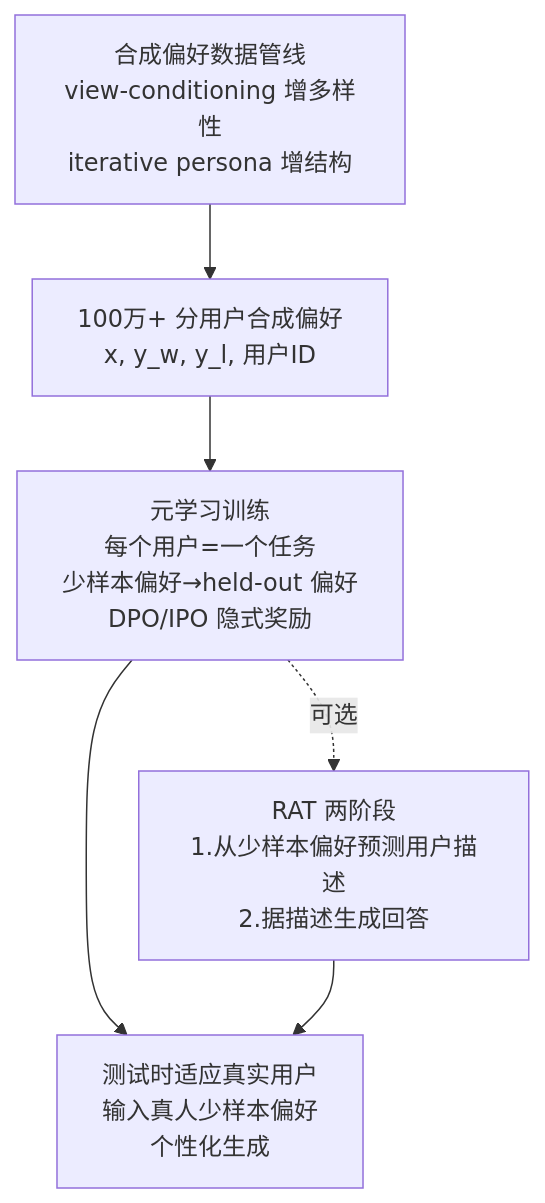
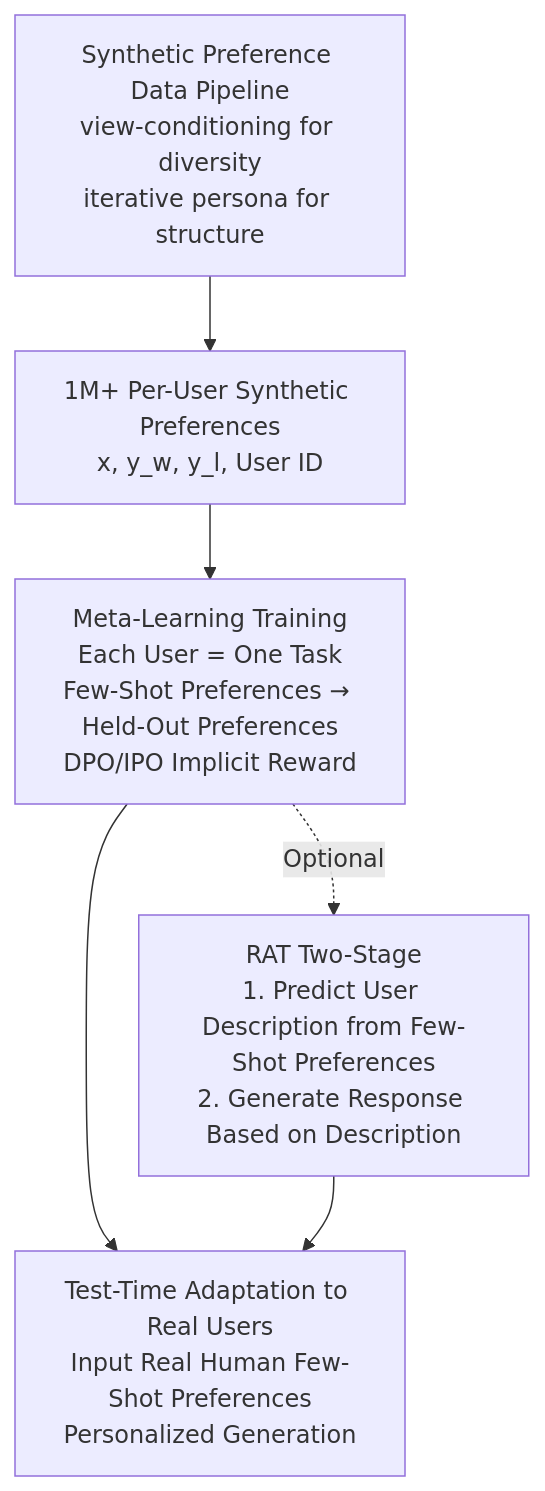
Before and after one commit to zhaoyang97/Paper-Notes-en: the diagram in docs/ICLR2026/llm_alignment/fspo_few-shot_optimization_of_synthetic_preferences_effectively_personalizes_to_.md, drawn with Mermaid. The commit also changed 644 other files, not shown here.

````diff
--- a/docs/ICLR2026/llm_alignment/fspo_few-shot_optimization_of_synthetic_preferences_effectively_personalizes_to_.md
+++ b/docs/ICLR2026/llm_alignment/fspo_few-shot_optimization_of_synthetic_preferences_effectively_personalizes_to_.md
@@ -46,8 +46,8 @@
 ```mermaid
 flowchart TD
-    A[合成偏好数据管线<br/>view-conditioning 增多样性<br/>iterative persona 增结构] --> B[100万+ 分用户合成偏好<br/>x, y_w, y_l, 用户ID]
-    B --> C[元学习训练<br/>每个用户=一个任务<br/>少样本偏好→held-out 偏好<br/>DPO/IPO 隐式奖励]
-    C -.可选.-> D[RAT 两阶段<br/>1.从少样本偏好预测用户描述<br/>2.据描述生成回答]
-    C --> E[测试时适应真实用户<br/>输入真人少样本偏好<br/>个性化生成]
+    A[Synthetic Preference Data Pipeline<br/>view-conditioning for diversity<br/>iterative persona for structure] --> B[1M+ Per-User Synthetic Preferences<br/>x, y_w, y_l, User ID]
+    B --> C[Meta-Learning Training<br/>Each User = One Task<br/>Few-Shot Preferences → Held-Out Preferences<br/>DPO/IPO Implicit Reward]
+    C -.Optional.-> D[RAT Two-Stage<br/>1. Predict User Description from Few-Shot Preferences<br/>2. Generate Response Based on Description]
+    C --> E[Test-Time Adaptation to Real Users<br/>Input Real Human Few-Shot Preferences<br/>Personalized Generation]
     D --> E
 ```
````
